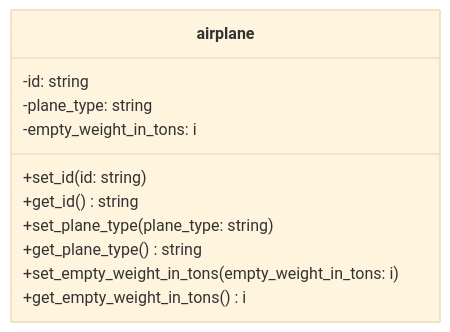
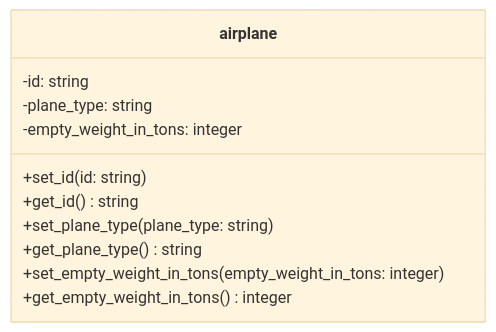
The diagram in docs/exercises/abap-objects/abap-objects-01.md (appenmaier/s4hana), drawn with Mermaid (base theme) before and after one commit.

````diff
--- a/docs/exercises/abap-objects/abap-objects-01.md
+++ b/docs/exercises/abap-objects/abap-objects-01.md
@@ -10,14 +10,14 @@
 ```mermaid
 classDiagram
    class airplane {
       -id: string
       -plane_type: string
-      -empty_weight_in_tons: i
+      -empty_weight_in_tons: integer
       +set_id(id: string)
       +get_id() string
       +set_plane_type(plane_type: string)
       +get_plane_type() string
-      +set_empty_weight_in_tons(empty_weight_in_tons: i)
-      +get_empty_weight_in_tons() i
+      +set_empty_weight_in_tons(empty_weight_in_tons: integer)
+      +get_empty_weight_in_tons() integer
    }
 ```
````
